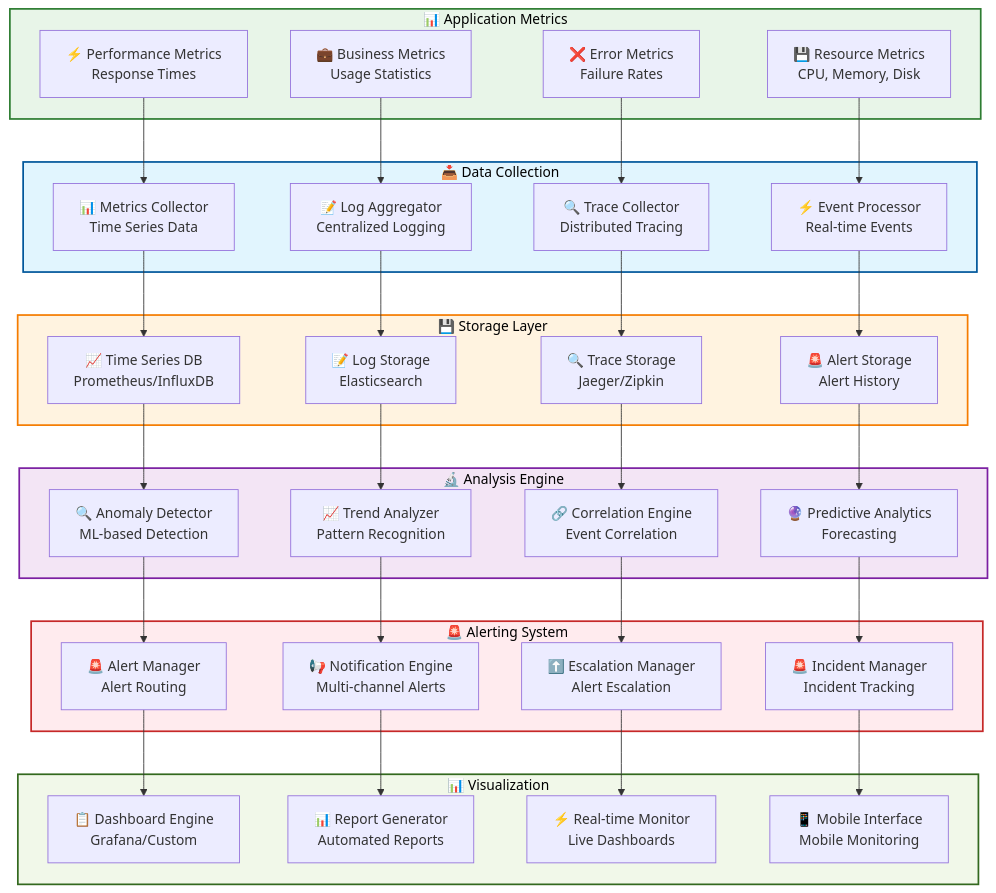
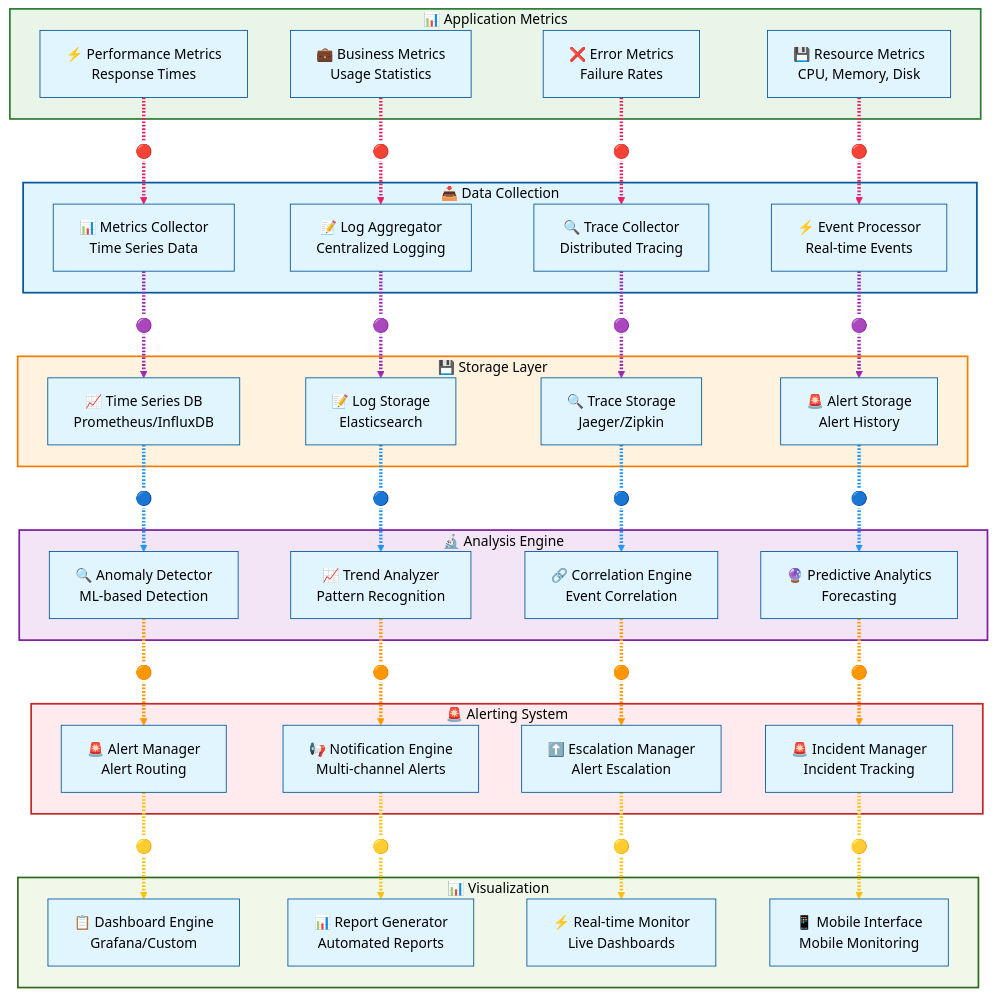
One commit to usemanusai/JAEGIS-AI-Web-OS changed the seventh of 9 diagrams in docs/architecture/component-diagrams.md. Above: the diagram before and after it, drawn with Mermaid. The commit also changed other lines of this file, not shown here.

First line of the commit message:
fix: Make ALL Mermaid diagram arrows highly visible in component diagrams

````diff
--- a/docs/architecture/component-diagrams.md
+++ b/docs/architecture/component-diagrams.md
@@ -570,4 +718,5 @@
 ```mermaid
+%%{init: {'theme':'base', 'themeVariables': {'primaryColor':'#e1f5fe', 'primaryTextColor':'#000', 'primaryBorderColor':'#01579b', 'lineColor':'#ff0066', 'arrowheadColor':'#ff0066', 'edgeLabelBackground':'#ffffff', 'tertiaryColor':'#fff'}}}%%
 graph TB
     subgraph ApplicationMetrics["📊 Application Metrics"]
         PERF_METRICS["⚡ Performance Metrics<br/>Response Times"]
@@ -611,30 +760,30 @@
         MOBILE_INTERFACE["📱 Mobile Interface<br/>Mobile Monitoring"]
     end
     
-    PERF_METRICS --> METRICS_COLLECTOR_MON
-    BUSINESS_METRICS --> LOG_AGGREGATOR
-    ERROR_METRICS --> TRACE_COLLECTOR
-    RESOURCE_METRICS --> EVENT_PROCESSOR
+    PERF_METRICS -.->|"🔴"| METRICS_COLLECTOR_MON
+    BUSINESS_METRICS -.->|"🔴"| LOG_AGGREGATOR
+    ERROR_METRICS -.->|"🔴"| TRACE_COLLECTOR
+    RESOURCE_METRICS -.->|"🔴"| EVENT_PROCESSOR
     
-    METRICS_COLLECTOR_MON --> TIME_SERIES_DB
-    LOG_AGGREGATOR --> LOG_STORAGE
-    TRACE_COLLECTOR --> TRACE_STORAGE
-    EVENT_PROCESSOR --> ALERT_STORAGE
+    METRICS_COLLECTOR_MON -.->|"🟣"| TIME_SERIES_DB
+    LOG_AGGREGATOR -.->|"🟣"| LOG_STORAGE
+    TRACE_COLLECTOR -.->|"🟣"| TRACE_STORAGE
+    EVENT_PROCESSOR -.->|"🟣"| ALERT_STORAGE
     
-    TIME_SERIES_DB --> ANOMALY_DETECTOR
-    LOG_STORAGE --> TREND_ANALYZER
-    TRACE_STORAGE --> CORRELATION_ENGINE
-    ALERT_STORAGE --> PREDICTIVE_ANALYTICS
+    TIME_SERIES_DB -.->|"🔵"| ANOMALY_DETECTOR
+    LOG_STORAGE -.->|"🔵"| TREND_ANALYZER
+    TRACE_STORAGE -.->|"🔵"| CORRELATION_ENGINE
+    ALERT_STORAGE -.->|"🔵"| PREDICTIVE_ANALYTICS
     
-    ANOMALY_DETECTOR --> ALERT_MANAGER
-    TREND_ANALYZER --> NOTIFICATION_ENGINE
-    CORRELATION_ENGINE --> ESCALATION_MANAGER
-    PREDICTIVE_ANALYTICS --> INCIDENT_MANAGER
+    ANOMALY_DETECTOR -.->|"🟠"| ALERT_MANAGER
+    TREND_ANALYZER -.->|"🟠"| NOTIFICATION_ENGINE
+    CORRELATION_ENGINE -.->|"🟠"| ESCALATION_MANAGER
+    PREDICTIVE_ANALYTICS -.->|"🟠"| INCIDENT_MANAGER
     
-    ALERT_MANAGER --> DASHBOARD_ENGINE
-    NOTIFICATION_ENGINE --> REPORT_GENERATOR
-    ESCALATION_MANAGER --> REAL_TIME_MONITOR
-    INCIDENT_MANAGER --> MOBILE_INTERFACE
+    ALERT_MANAGER -.->|"🟡"| DASHBOARD_ENGINE
+    NOTIFICATION_ENGINE -.->|"🟡"| REPORT_GENERATOR
+    ESCALATION_MANAGER -.->|"🟡"| REAL_TIME_MONITOR
+    INCIDENT_MANAGER -.->|"🟡"| MOBILE_INTERFACE
     
     classDef metricsStyle fill:#e8f5e8,stroke:#2e7d32,stroke-width:2px,color:#000
     classDef collectionStyle fill:#e1f5fe,stroke:#01579b,stroke-width:2px,color:#000
@@ -649,4 +798,25 @@
     class AnalysisEngine analysisStyle
     class AlertingSystem alertStyle
     class Visualization visualStyle
+    
+    linkStyle 0 stroke:#e91e63,stroke-width:4px
+    linkStyle 1 stroke:#e91e63,stroke-width:4px
+    linkStyle 2 stroke:#e91e63,stroke-width:4px
+    linkStyle 3 stroke:#e91e63,stroke-width:4px
+    linkStyle 4 stroke:#9c27b0,stroke-width:4px
+    linkStyle 5 stroke:#9c27b0,stroke-width:4px
+    linkStyle 6 stroke:#9c27b0,stroke-width:4px
+    linkStyle 7 stroke:#9c27b0,stroke-width:4px
+    linkStyle 8 stroke:#2196f3,stroke-width:4px
+    linkStyle 9 stroke:#2196f3,stroke-width:4px
+    linkStyle 10 stroke:#2196f3,stroke-width:4px
+    linkStyle 11 stroke:#2196f3,stroke-width:4px
+    linkStyle 12 stroke:#ff9800,stroke-width:4px
+    linkStyle 13 stroke:#ff9800,stroke-width:4px
+    linkStyle 14 stroke:#ff9800,stroke-width:4px
+    linkStyle 15 stroke:#ff9800,stroke-width:4px
+    linkStyle 16 stroke:#ffc107,stroke-width:4px
+    linkStyle 17 stroke:#ffc107,stroke-width:4px
+    linkStyle 18 stroke:#ffc107,stroke-width:4px
+    linkStyle 19 stroke:#ffc107,stroke-width:4px
 ```
````
